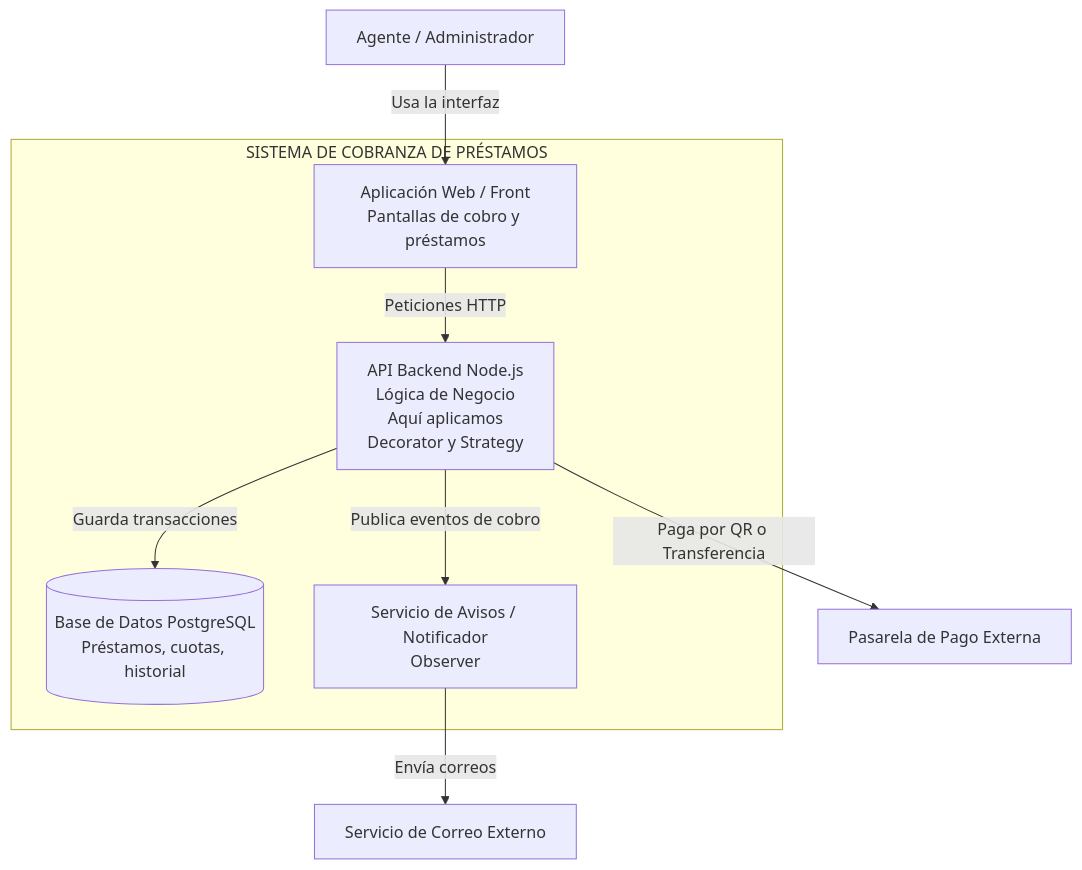
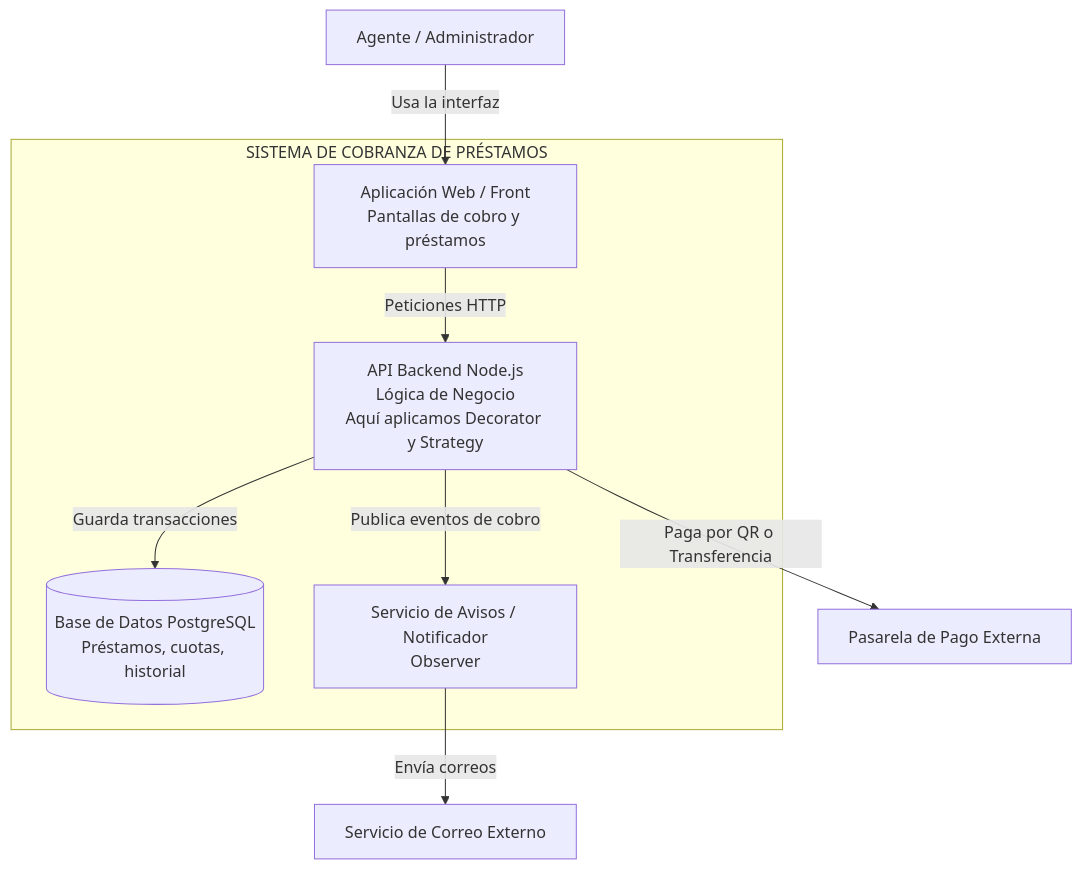
Before and after one commit to mauricioreynolds/expediente-arq-Reynolds: the second of 2 diagrams in practicas/h4/README.md, drawn with Mermaid. The commit also changed 1 other file, not shown here.

Commit message:
Se realizó adr-001

````diff
--- a/practicas/h4/README.md
+++ b/practicas/h4/README.md
@@ -15,14 +15,13 @@
 ```mermaid
 flowchart TD
     A[Agente / Administrador] -->|Usa la interfaz| B[Aplicación Web / Front<br>Pantallas de cobro y préstamos]
     
     subgraph SISTEMA DE COBRANZA DE PRÉSTAMOS
-        B -->|Peticiones HTTP| C[API Backend Node.js<br>Lógica de Negocio<br>Aquí aplicamos
-         Decorator y Strategy]
+        B -->|Peticiones HTTP| C[API Backend Node.js<br>Lógica de Negocio<br>Aquí aplicamos Decorator y Strategy]
         C -->|Guarda transacciones| D[(Base de Datos PostgreSQL<br>Préstamos, cuotas, historial)]
         C -->|Publica eventos de cobro| E[Servicio de Avisos / Notificador<br>Observer]
     end
     
     C -->|Paga por QR o Transferencia| F[Pasarela de Pago Externa]
     E -->|Envía correos| G[Servicio de Correo Externo]
 ```
````
